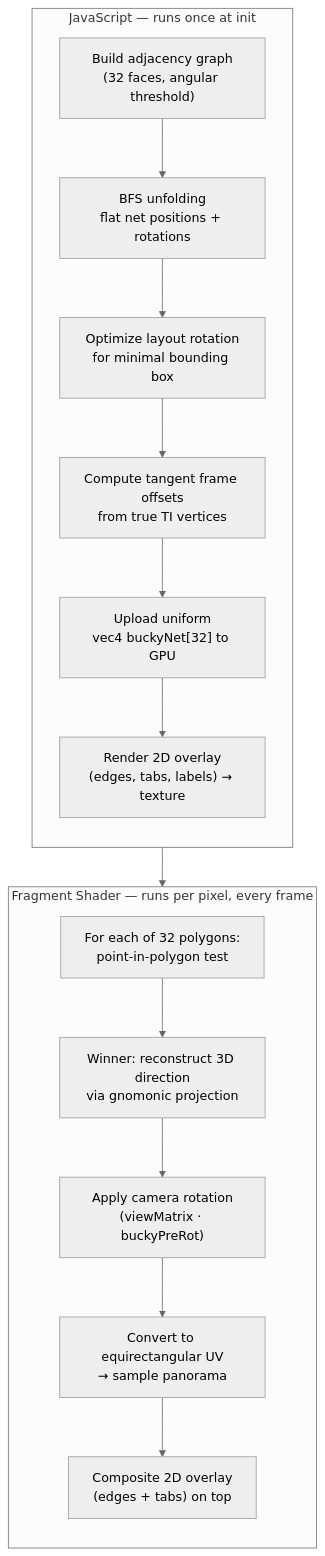
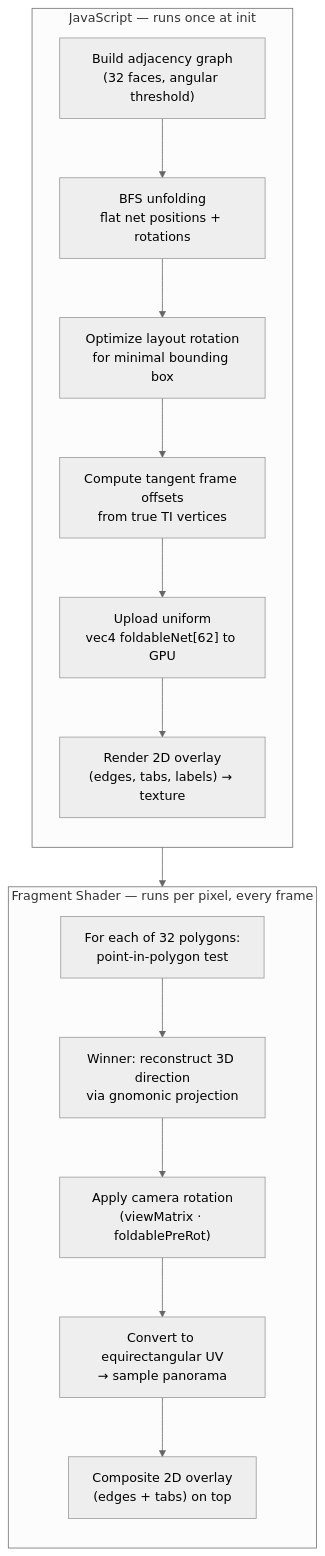
The diagram in README.md (Flexi23/dome-mapper), drawn with Mermaid (neutral theme) before and after one commit.

Commit message:
docs: update mermaid diagram uniform names (buckyNet -> foldableNet, buckyPreRot -> foldablePreRot)

````diff
--- a/README.md
+++ b/README.md
@@ -532,25 +532,25 @@
 ```mermaid
 flowchart TB
     subgraph JS["JavaScript &mdash; runs once at init"]
         direction TB
         J1["Build adjacency graph<br/>(32 faces, angular threshold)"]
         J2["BFS unfolding<br/>flat net positions + rotations"]
         J3["Optimize layout rotation<br/>for minimal bounding box"]
         J4["Compute tangent frame offsets<br/>from true TI vertices"]
-        J5["Upload uniform<br/>vec4 buckyNet[32] to GPU"]
+        J5["Upload uniform<br/>vec4 foldableNet[62] to GPU"]
         J6["Render 2D overlay<br/>(edges, tabs, labels) &rarr; texture"]
         J1 --> J2 --> J3 --> J4 --> J5 --> J6
     end
 
     subgraph FS["Fragment Shader &mdash; runs per pixel, every frame"]
         direction TB
         F1["For each of 32 polygons:<br/>point-in-polygon test"]
         F2["Winner: reconstruct 3D direction<br/>via gnomonic projection"]
-        F3["Apply camera rotation<br/>(viewMatrix &middot; buckyPreRot)"]
+        F3["Apply camera rotation<br/>(viewMatrix &middot; foldablePreRot)"]
         F4["Convert to equirectangular UV<br/>&rarr; sample panorama"]
         F5["Composite 2D overlay<br/>(edges + tabs) on top"]
         F1 --> F2 --> F3 --> F4 --> F5
     end
 
     JS --> FS
 ```
````
